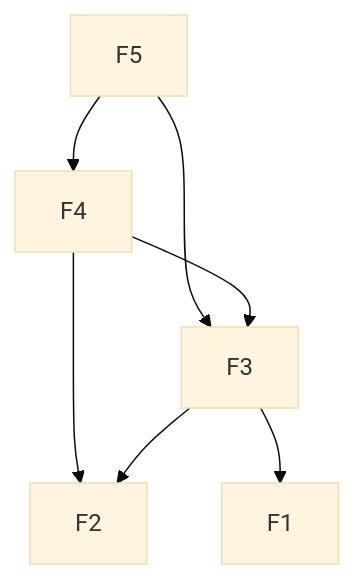
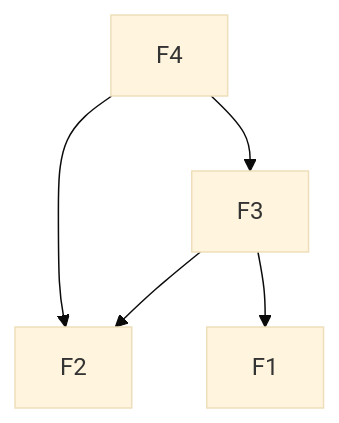
The first of 2 diagrams in wiki/dynamic programming.md (bfeitknecht/vault), drawn with Mermaid (base theme) before and after one commit. The commit also changed other lines of this file and 1 other file, not shown here.

Commit message:
backup: 2024-09-19T22:41:01+02:00 from MacBook Pro (echo)
Affected files:
.obsidian/vault-stats.json
wiki/dynamic programming.md

````diff
--- a/wiki/dynamic programming.md
+++ b/wiki/dynamic programming.md
@@ -4,11 +4,7 @@
 ```mermaid
 flowchart TD
 
 
-F5 --> F4
-F5 --> F3
-F4 --> F3
-F4 --> F2
-F3 --> F2
-F3 --> F1
+F4 --> F3 & F2
+F3 --> F2 & F1
 ```
````
